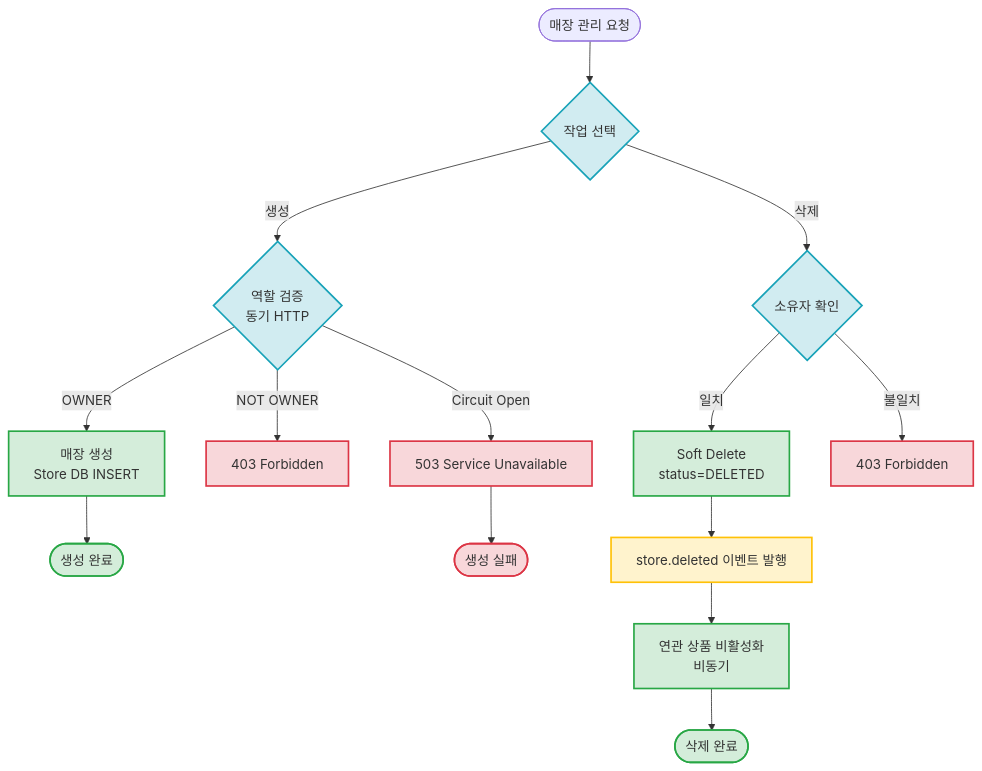
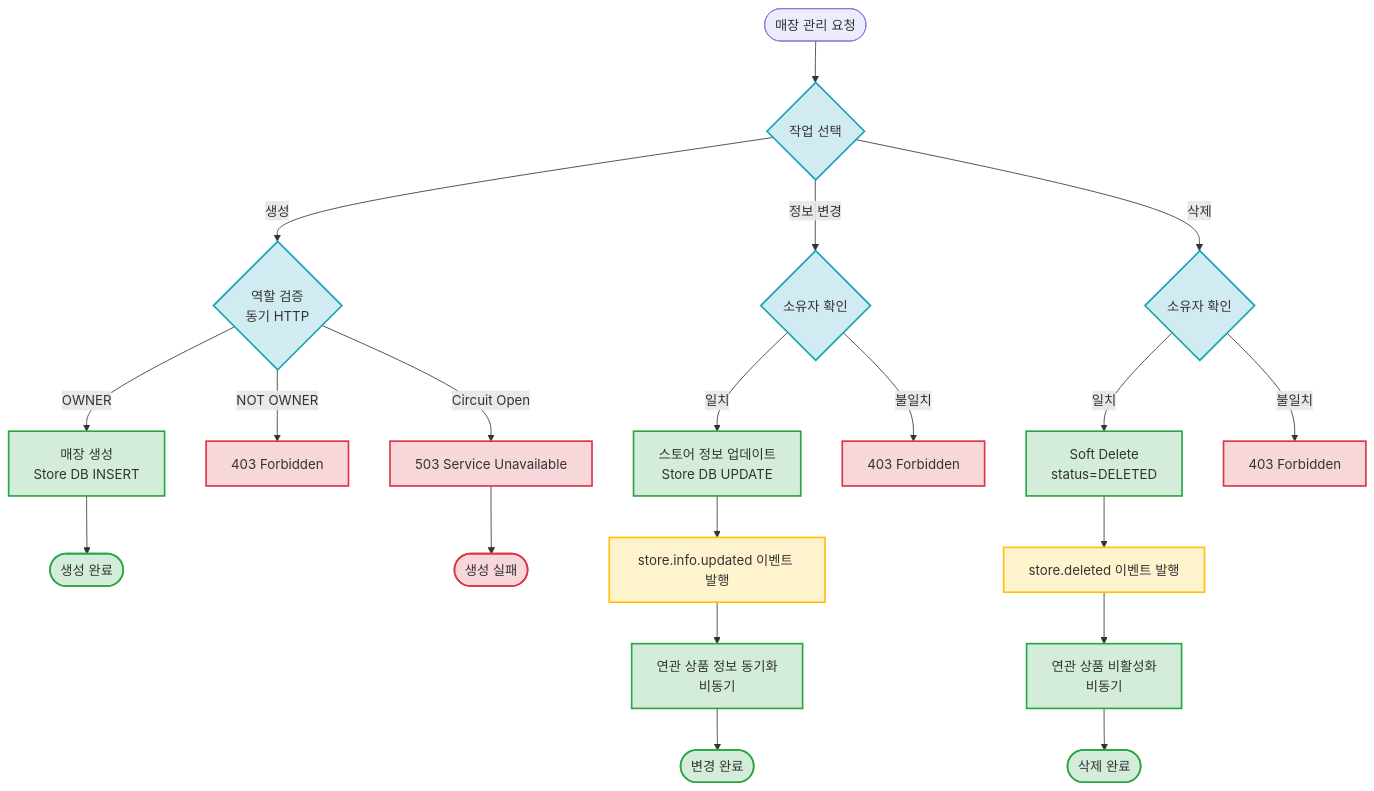
One commit to GroomC4/c4ang-contract-hub changed the diagram in event-flows/store-management/README.md. Above: the diagram before and after it, drawn with Mermaid. The commit also changed other lines of this file and 3 other files, not shown here.

First line of the commit message:
kafka 스토어 변경 이벤트 추가 (#2)

````diff
--- a/event-flows/store-management/README.md
+++ b/event-flows/store-management/README.md
@@ -21,34 +23,42 @@
 ```mermaid
 graph TB
     Start([매장 관리 요청]) --> Decision{작업 선택}
 
     Decision -->|생성| RoleCheck{역할 검증<br/>동기 HTTP}
+    Decision -->|정보 변경| UpdateOwnerCheck{소유자 확인}
     Decision -->|삭제| OwnerCheck{소유자 확인}
 
     %% 생성 플로우
     RoleCheck -->|OWNER| StoreCreate[매장 생성<br/>Store DB INSERT]
     RoleCheck -->|NOT OWNER| CreateForbidden[403 Forbidden]
     StoreCreate --> CreateSuccess([생성 완료])
 
     %% Circuit Breaker 실패
     RoleCheck -->|Circuit Open| ServiceUnavailable[503 Service Unavailable]
     ServiceUnavailable --> CreateFailure([생성 실패])
+
+    %% 정보 변경 플로우
+    UpdateOwnerCheck -->|일치| StoreUpdate[스토어 정보 업데이트<br/>Store DB UPDATE]
+    UpdateOwnerCheck -->|불일치| UpdateForbidden[403 Forbidden]
+    StoreUpdate --> UpdateEventPublish[store.info.updated 이벤트 발행]
+    UpdateEventPublish --> ProductInfoSync[연관 상품 정보 동기화<br/>비동기]
+    ProductInfoSync --> UpdateSuccess([변경 완료])
 
     %% 삭제 플로우
     OwnerCheck -->|일치| SoftDelete[Soft Delete<br/>status=DELETED]
     OwnerCheck -->|불일치| DeleteForbidden[403 Forbidden]
     SoftDelete --> EventPublish[store.deleted 이벤트 발행]
     EventPublish --> ProductDisable[연관 상품 비활성화<br/>비동기]
     ProductDisable --> DeleteSuccess([삭제 완료])
 
     %% 스타일
     classDef successClass fill:#d4edda,stroke:#28a745,stroke-width:2px
     classDef failureClass fill:#f8d7da,stroke:#dc3545,stroke-width:2px
     classDef processingClass fill:#fff3cd,stroke:#ffc107,stroke-width:2px
     classDef decisionClass fill:#d1ecf1,stroke:#17a2b8,stroke-width:2px
 
-    class CreateSuccess,DeleteSuccess,StoreCreate,SoftDelete,ProductDisable successClass
-    class CreateForbidden,DeleteForbidden,ServiceUnavailable,CreateFailure failureClass
-    class EventPublish processingClass
-    class Decision,RoleCheck,OwnerCheck decisionClass
+    class CreateSuccess,DeleteSuccess,UpdateSuccess,StoreCreate,StoreUpdate,SoftDelete,ProductDisable,ProductInfoSync successClass
+    class CreateForbidden,DeleteForbidden,UpdateForbidden,ServiceUnavailable,CreateFailure failureClass
+    class EventPublish,UpdateEventPublish processingClass
+    class Decision,RoleCheck,OwnerCheck,UpdateOwnerCheck decisionClass
 ```
````
